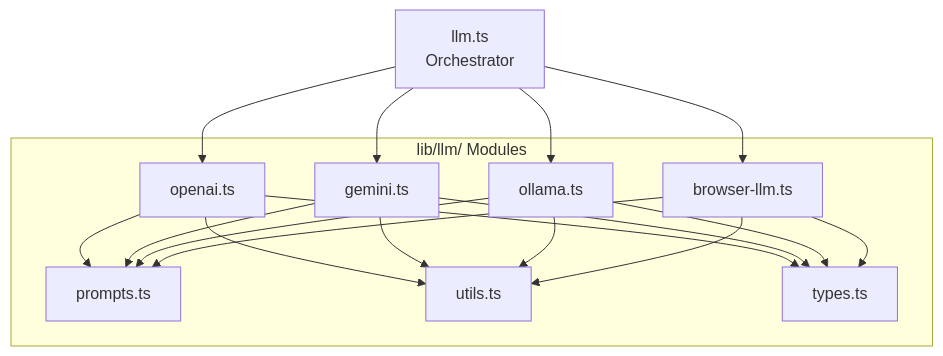
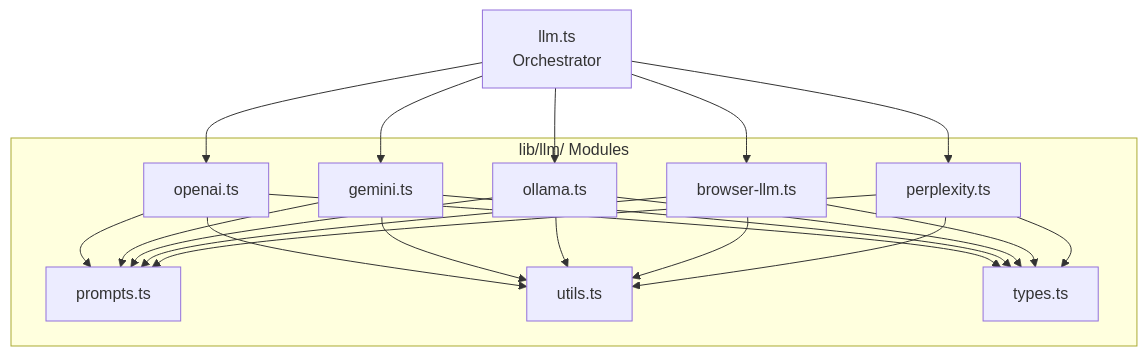
Diagram 15 of 31 in architecture.md (meharajM/ai-worker.app), drawn with Mermaid before and after one commit. The commit also changed other lines of this file and 23 other files, not shown here.

````diff
--- a/architecture.md
+++ b/architecture.md
@@ -582,23 +592,25 @@
 ```mermaid
 graph TD
     Orchestrator[llm.ts<br/>Orchestrator]
     
     subgraph "lib/llm/ Modules"
         OpenAI[openai.ts]
         Gemini[gemini.ts]
         Ollama[ollama.ts]
         Browser[browser-llm.ts]
+        Perplexity[perplexity.ts]
         Prompts[prompts.ts]
         Utils[utils.ts]
         Types[types.ts]
     end
 
     Orchestrator --> OpenAI
     Orchestrator --> Gemini
     Orchestrator --> Ollama
     Orchestrator --> Browser
+    Orchestrator --> Perplexity
     
-    OpenAI & Gemini & Ollama & Browser --> Prompts
-    OpenAI & Gemini & Ollama & Browser --> Utils
-    OpenAI & Gemini & Ollama & Browser --> Types
+    OpenAI & Gemini & Ollama & Browser & Perplexity --> Prompts
+    OpenAI & Gemini & Ollama & Browser & Perplexity --> Utils
+    OpenAI & Gemini & Ollama & Browser & Perplexity --> Types
 ```
````
